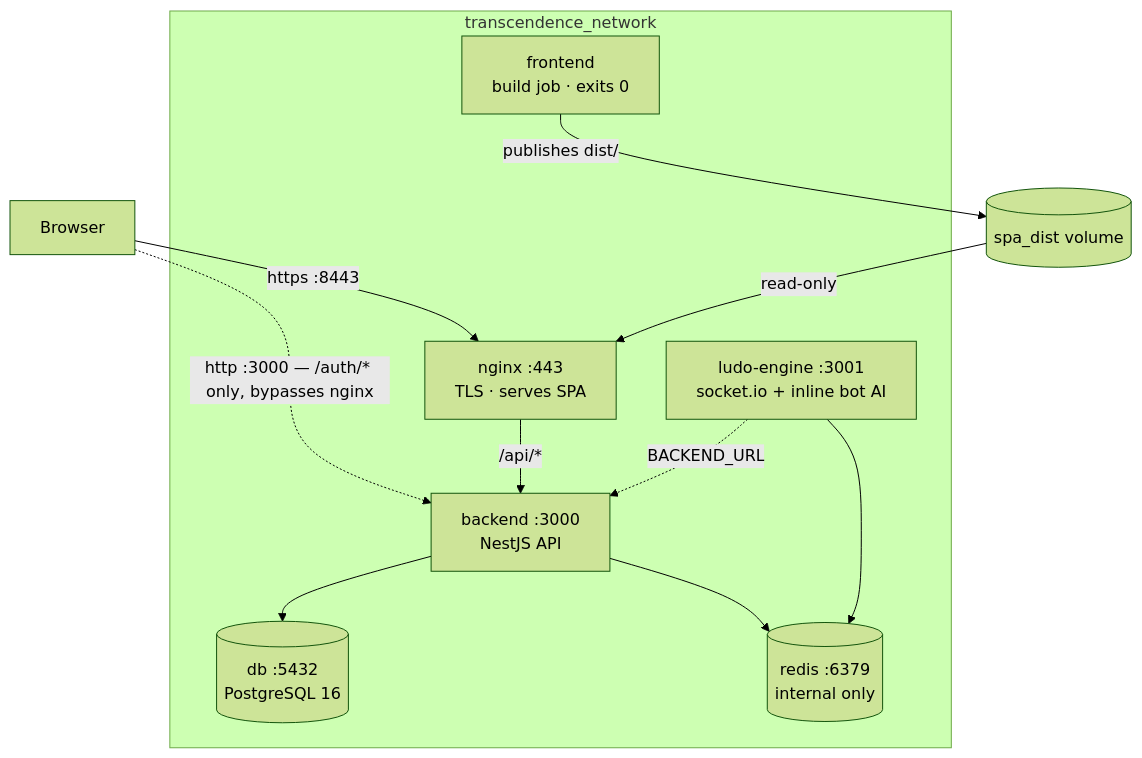
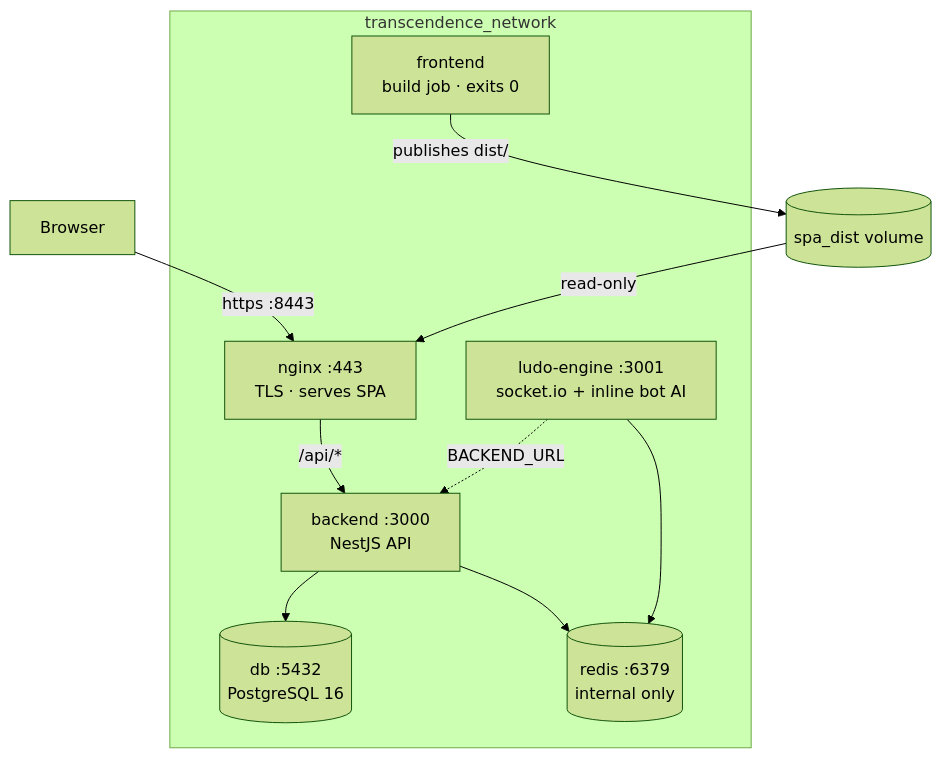
Before and after one commit to JaxzTan/ft_transcendence: the diagram in docs/architecture.md, drawn with Mermaid (forest theme). The commit also changed other lines of this file and 1 other file, not shown here.

Commit message:
Created documentation for frontend, backend, and ludo-engine. Updated api-list.md and architecture.md to match current state of codebase

````diff
--- a/docs/architecture.md
+++ b/docs/architecture.md
@@ -14,23 +14,22 @@
 ```mermaid
 graph TB
     Browser["Browser"]
 
     subgraph net["transcendence_network"]
         nginx["nginx :443<br/>TLS · serves SPA"]
         backend["backend :3000<br/>NestJS API"]
         engine["ludo-engine :3001<br/>socket.io + inline bot AI"]
         db[("db :5432<br/>PostgreSQL 16")]
         redis[("redis :6379<br/>internal only")]
         fe["frontend<br/>build job · exits 0"]
     end
 
     Browser -->|"https :8443"| nginx
-    Browser -.->|"http :3000 — /auth/* only, bypasses nginx"| backend
     nginx -->|"/api/*"| backend
     fe -->|"publishes dist/"| spa[("spa_dist volume")]
     spa -->|"read-only"| nginx
     backend --> db
     backend --> redis
     engine --> redis
     engine -.->|"BACKEND_URL"| backend
 ```
````
